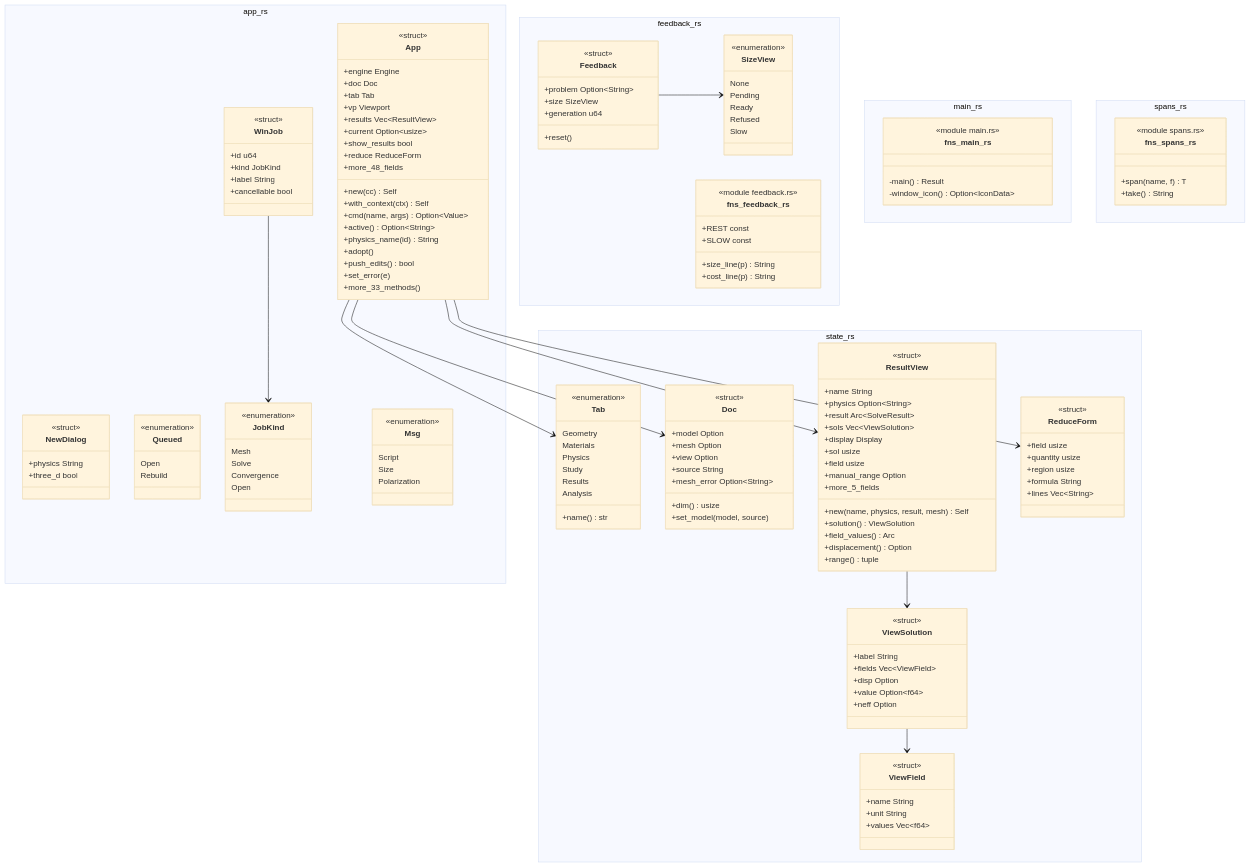
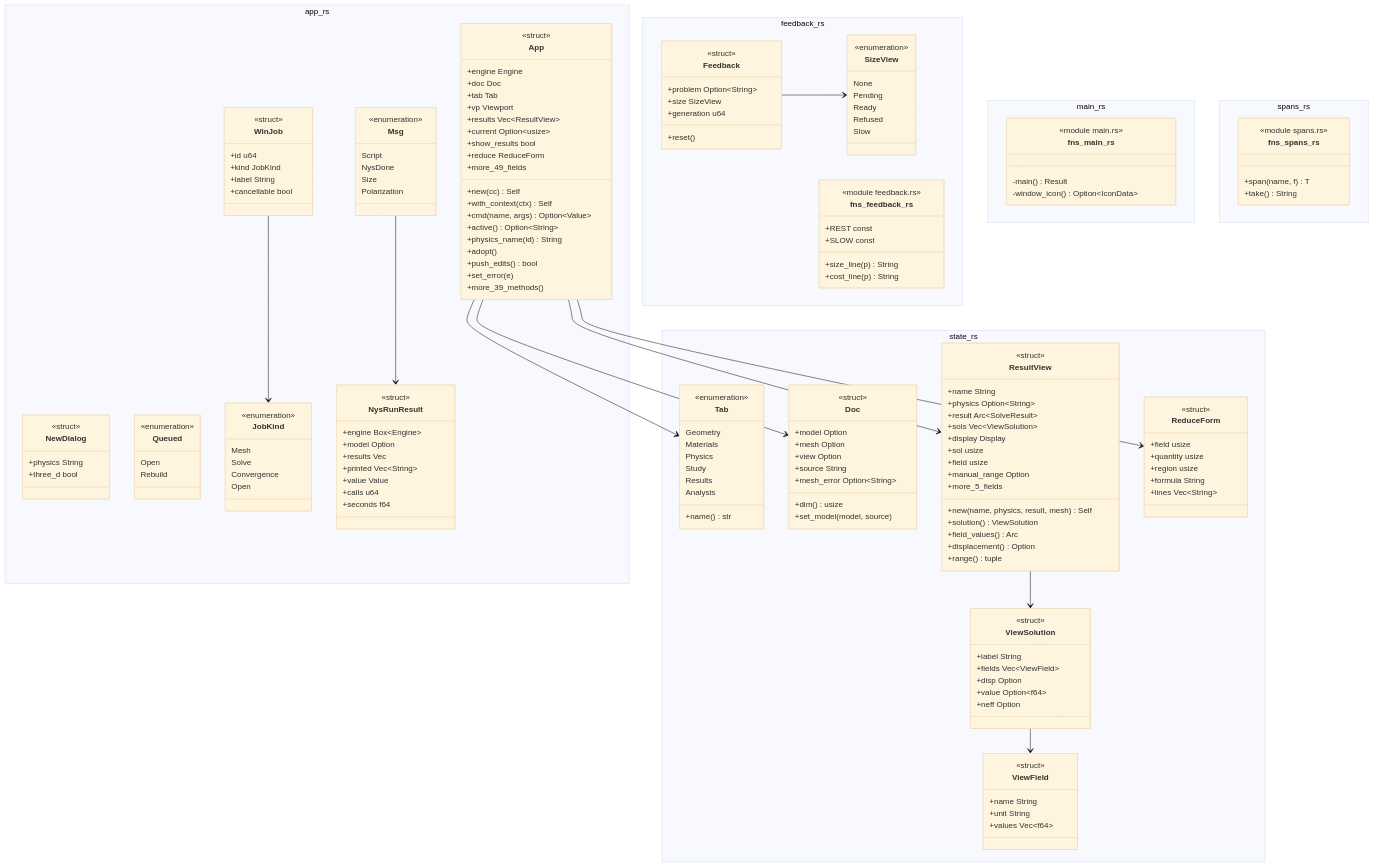
Before and after one commit to p-j-r/nyx: the diagram in docs/architecture/c4/4-code/app/window.md, drawn with Mermaid (base theme). The commit also changed other lines of this file and 30 other files, not shown here.

```diff
--- a/docs/architecture/c4/4-code/app/window.md
+++ b/docs/architecture/c4/4-code/app/window.md
@@ -69,9 +69,20 @@
         +label String
         +cancellable bool
     }
+    class NysRunResult {
+        <<struct>>
+        +engine Box~Engine~
+        +model Option
+        +results Vec
+        +printed Vec~String~
+        +value Value
+        +calls u64
+        +seconds f64
+    }
     class Msg {
         <<enumeration>>
         Script
+        NysDone
         Size
         Polarization
     }
@@ -85,7 +96,7 @@
         +current Option~usize~
         +show_results bool
         +reduce ReduceForm
-        +more_48_fields
+        +more_49_fields
         +new(cc) Self
         +with_context(ctx) Self
         +cmd(name, args) Option~Value~
@@ -94,7 +105,7 @@
         +adopt()
         +push_edits() bool
         +set_error(e)
-        +more_33_methods()
+        +more_39_methods()
     }
   }
   namespace feedback_rs {
@@ -197,6 +208,7 @@
     }
   }
   WinJob --> JobKind
+  Msg --> NysRunResult
   App --> Doc
   App --> Tab
   App --> ResultView
```
